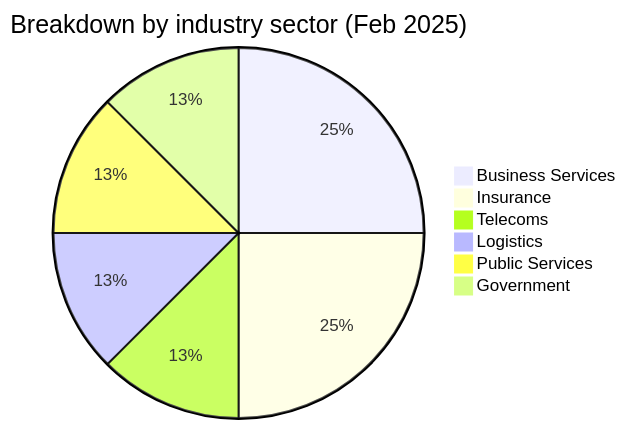
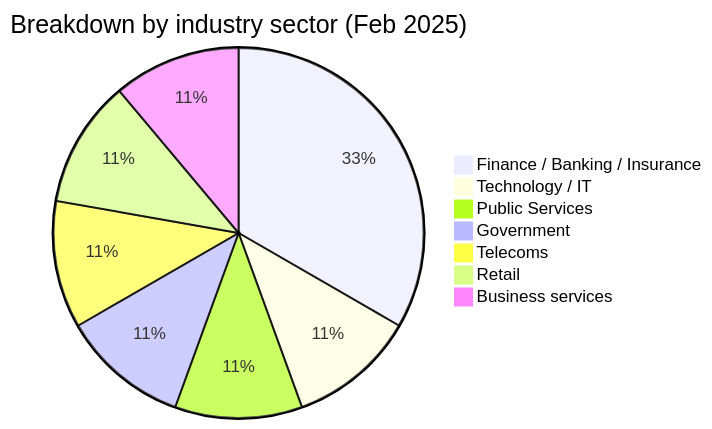
One commit to Hatchepsoute/AFRINTEL changed the first of 4 diagrams in CyberAttackAfrica/2025/02-february/README.md. Above: the diagram before and after it, drawn with Mermaid. The commit also changed other lines of this file and 255 other files, not shown here.

````diff
--- a/CyberAttackAfrica/2025/02-february/README.md
+++ b/CyberAttackAfrica/2025/02-february/README.md
@@ -42,9 +44,10 @@
 ```mermaid
 pie title Breakdown by industry sector (Feb 2025)
-    "Business Services" : 2
-    "Insurance" : 2
-    "Telecoms" : 1
-    "Logistics" : 1
+    "Finance / Banking / Insurance" : 3
+    "Technology / IT" : 1
     "Public Services" : 1
     "Government" : 1
+    "Telecoms" : 1
+    "Retail" : 1
+    "Business services" : 1
 ```
````
